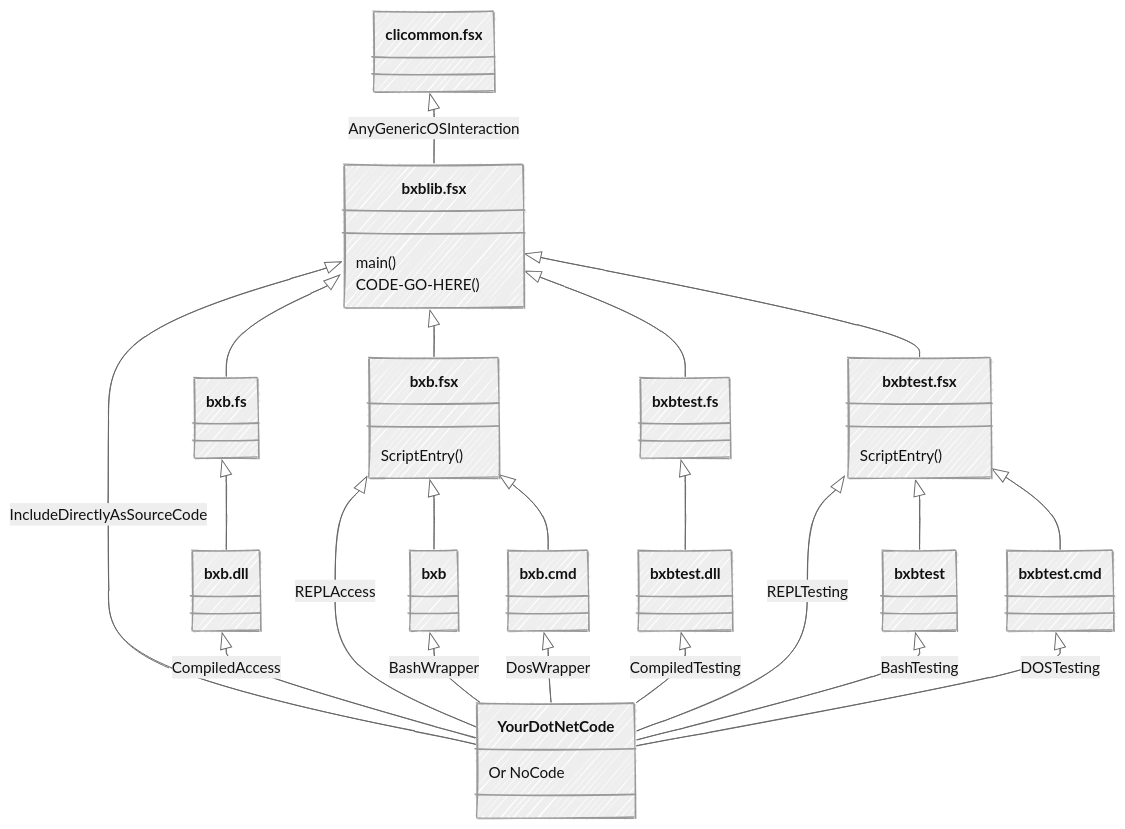
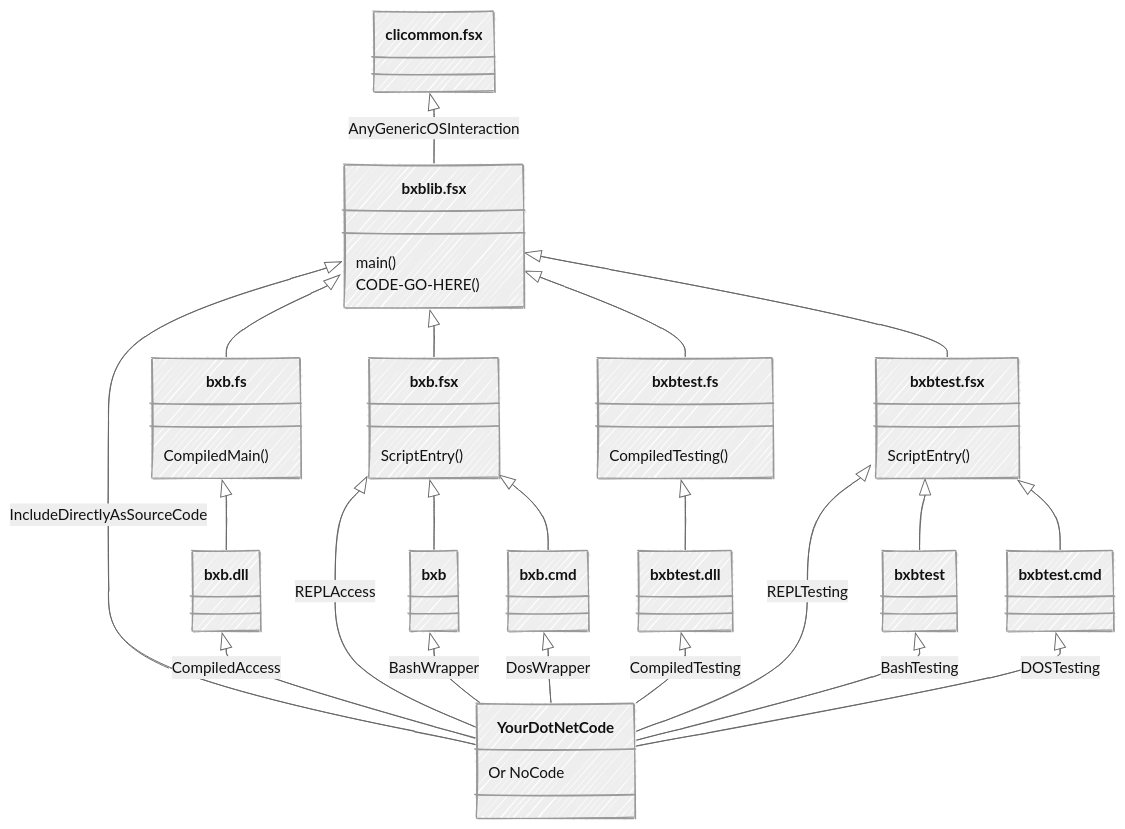
The diagram in docs/Overview.md (DanielBMarkham/bxb), drawn with Mermaid before and after one commit. The commit also changed 3 other files, not shown here.

````diff
--- a/docs/Overview.md
+++ b/docs/Overview.md
@@ -3,55 +3,55 @@
 ```mermaid
 ---
 config:
   look: handDrawn
   theme: neutral
 ---
 classDiagram
 
 
 clicommon.fsx
 bxblib.fsx
 bxb.fsx
 clicommon.fsx <|-- bxblib.fsx : AnyGenericOSInteraction
 bxblib.fsx <|-- bxb.fsx
 bxblib.fsx : main()
 bxblib.fsx : CODE-GO-HERE()
 bxb.fsx : ScriptEntry()
 bxb
 bxb.cmd
 bxb.fsx  <|-- bxb
 bxb.fsx  <|-- bxb.cmd
-bxb.fs
+bxb.fs : CompiledMain()
 bxb.dll
 bxblib.fsx <|-- bxb.fs
 bxb.fs <|-- bxb.dll
 
 
 
 bxbtest.fsx
 bxbtest
 bxbtest.cmd
 bxblib.fsx <|-- bxbtest.fsx
 bxbtest.fsx : ScriptEntry()
 bxbtest.fsx  <|-- bxbtest
 bxbtest.fsx  <|-- bxbtest.cmd
-bxbtest.fs
+bxbtest.fs : CompiledTesting()
 bxbtest.dll
 bxblib.fsx <|-- bxbtest.fs
 bxbtest.fs <|-- bxbtest.dll
 
 YourDotNetCode : Or NoCode
 bxblib.fsx  <|-- YourDotNetCode : IncludeDirectlyAsSourceCode
 bxb.dll  <|-- YourDotNetCode : CompiledAccess
 bxb.fsx  <|-- YourDotNetCode : REPLAccess
 bxb  <|-- YourDotNetCode : BashWrapper
 bxb.cmd  <|-- YourDotNetCode : DosWrapper
 
 
 bxbtest.dll  <|-- YourDotNetCode : CompiledTesting
 bxbtest.fsx  <|-- YourDotNetCode : REPLTesting
 bxbtest  <|-- YourDotNetCode : BashTesting
 bxbtest.cmd  <|-- YourDotNetCode : DOSTesting
 
 
 ```
````
